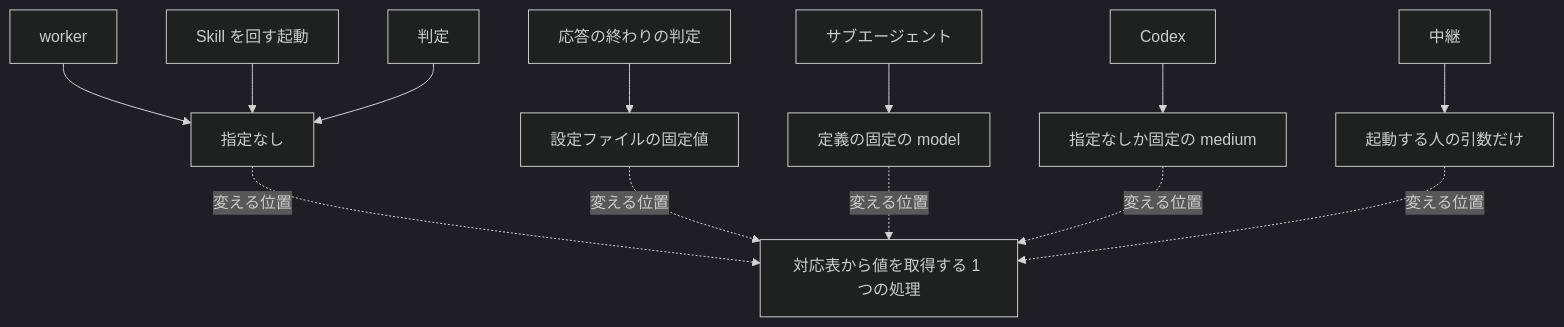
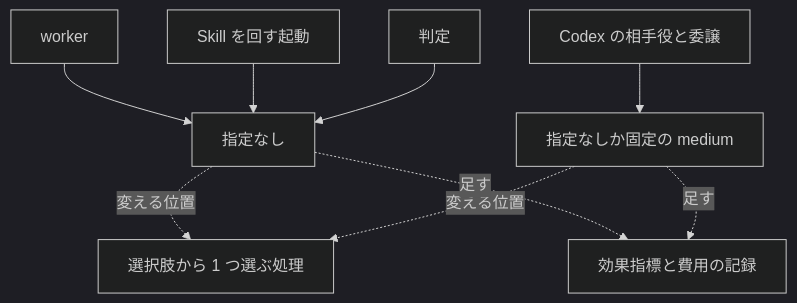
One commit to devbasex/ai-plugins changed the first of 5 diagrams in issues/issue-2944-design.md. Above: the diagram before and after it, drawn with Mermaid (dark theme). The commit also changed other lines of this file and 6 other files, not shown here.

````diff
--- a/issues/issue-2944-design.md
+++ b/issues/issue-2944-design.md
@@ -9,11 +9,9 @@
 ```mermaid
 graph TD
     W[worker] --> N[指定なし]
     S[Skill を回す起動] --> N
     J[判定] --> N
-    H[応答の終わりの判定] --> F[設定ファイルの固定値]
-    A[サブエージェント] --> D[定義の固定の model]
-    X[Codex] --> E[指定なしか固定の medium]
-    R[中継] --> U[起動する人の引数だけ]
-    N & F & D & E & U -. 変える位置 .-> T[対応表から値を取得する 1 つの処理]
+    X[Codex の相手役と委譲] --> E[指定なしか固定の medium]
+    N & E -. 変える位置 .-> T[選択肢から 1 つ選ぶ処理]
+    N & E -. 足す .-> R[効果指標と費用の記録]
 ```
````
